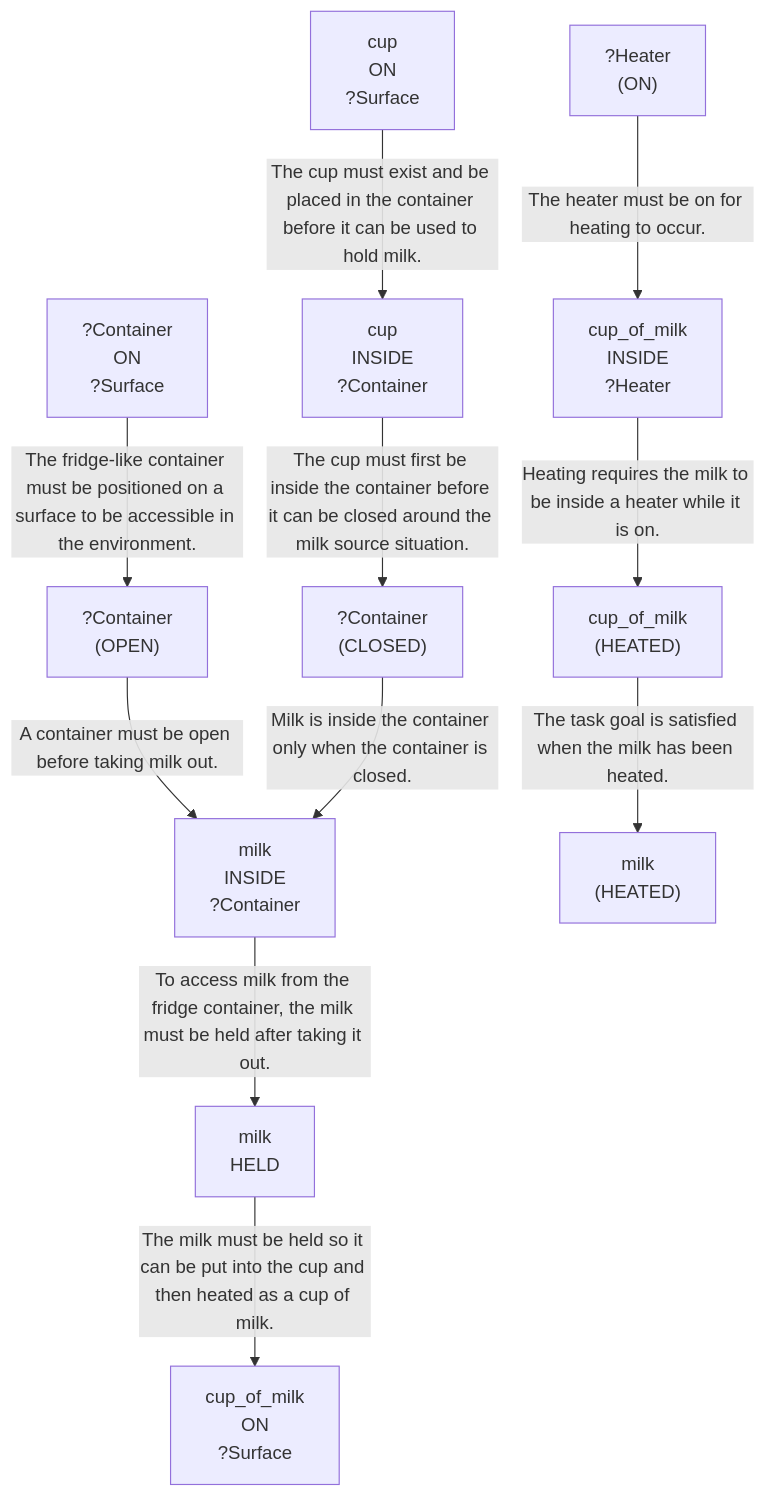
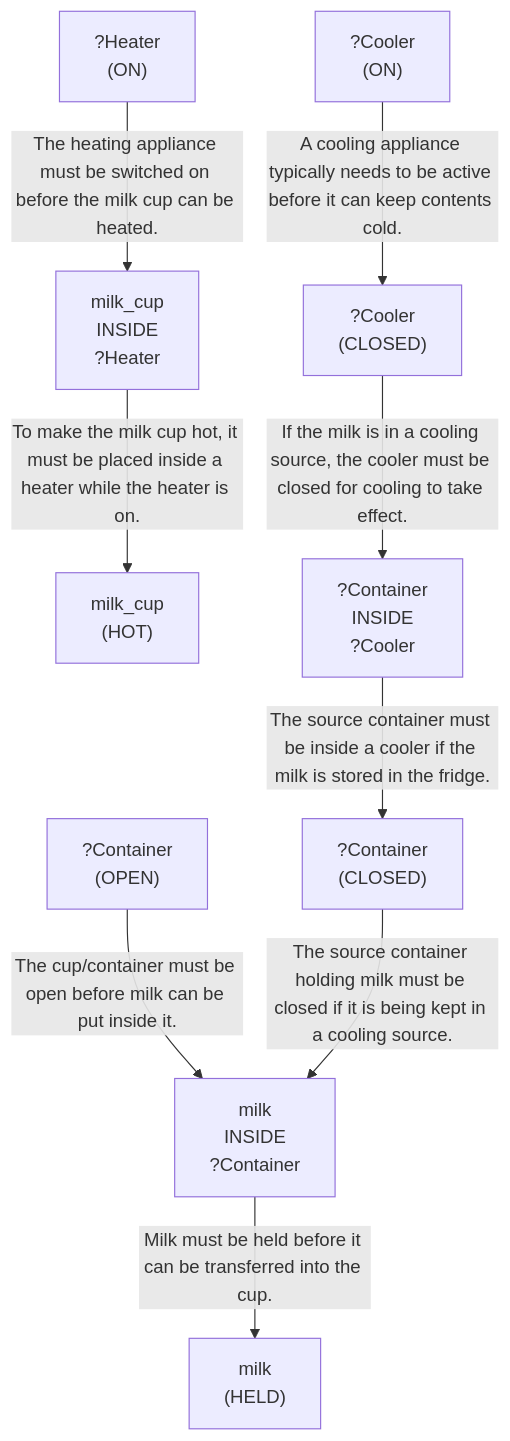
One commit to scuama/virtualhome changed the second of 3 diagrams in evaluation/results/table3/robostate/runs/without_intention/G3_11/run_T3_without_intention_G3_11.md. Above: the diagram before and after it, drawn with Mermaid. The commit also changed other lines of this file and 507 other files, not shown here.

````diff
--- a/evaluation/results/table3/robostate/runs/without_intention/G3_11/run_T3_without_intention_G3_11.md
+++ b/evaluation/results/table3/robostate/runs/without_intention/G3_11/run_T3_without_intention_G3_11.md
@@ -109,25 +111,21 @@
 ```mermaid
 graph TD
-    N1["cup_of_milk<br>ON<br>?Surface"]
-    N2["cup_of_milk<br>INSIDE<br>?Heater"]
+    N1["milk_cup<br>(HOT)"]
+    N2["milk_cup<br>INSIDE<br>?Heater"]
     N3["?Heater<br>(ON)"]
-    N4["cup_of_milk<br>(HEATED)"]
+    N4["milk<br>(HELD)"]
     N5["milk<br>INSIDE<br>?Container"]
     N6["?Container<br>(OPEN)"]
-    N7["?Container<br>ON<br>?Surface"]
-    N8["milk<br>HELD<br>"]
-    N9["cup<br>ON<br>?Surface"]
-    N10["cup<br>INSIDE<br>?Container"]
-    N11["?Container<br>(CLOSED)"]
-    N12["milk<br>(HEATED)"]
-    N2 -->|"Heating requires the milk to be inside a heater while it is on."| N4
-    N3 -->|"The heater must be on for heating to occur."| N2
-    N5 -->|"To access milk from the fridge container, the milk must be held after taking it out."| N8
-    N6 -->|"A container must be open before taking milk out."| N5
-    N7 -->|"The fridge-like container must be positioned on a surface to be accessible in the environment."| N6
-    N11 -->|"Milk is inside the container only when the container is closed."| N5
-    N10 -->|"The cup must first be inside the container before it can be closed around the milk source situation."| N11
-    N9 -->|"The cup must exist and be placed in the container before it can be used to hold milk."| N10
-    N8 -->|"The milk must be held so it can be put into the cup and then heated as a cup of milk."| N1
-    N4 -->|"The task goal is satisfied when the milk has been heated."| N12
+    N7["?Container<br>(CLOSED)"]
+    N8["?Container<br>INSIDE<br>?Cooler"]
+    N9["?Cooler<br>(CLOSED)"]
+    N10["?Cooler<br>(ON)"]
+    N2 -->|"To make the milk cup hot, it must be placed inside a heater while the heater is on."| N1
+    N3 -->|"The heating appliance must be switched on before the milk cup can be heated."| N2
+    N5 -->|"Milk must be held before it can be transferred into the cup."| N4
+    N6 -->|"The cup/container must be open before milk can be put inside it."| N5
+    N9 -->|"If the milk is in a cooling source, the cooler must be closed for cooling to take effect."| N8
+    N10 -->|"A cooling appliance typically needs to be active before it can keep contents cold."| N9
+    N7 -->|"The source container holding milk must be closed if it is being kept in a cooling source."| N5
+    N8 -->|"The source container must be inside a cooler if the milk is stored in the fridge."| N7
 ```
````
